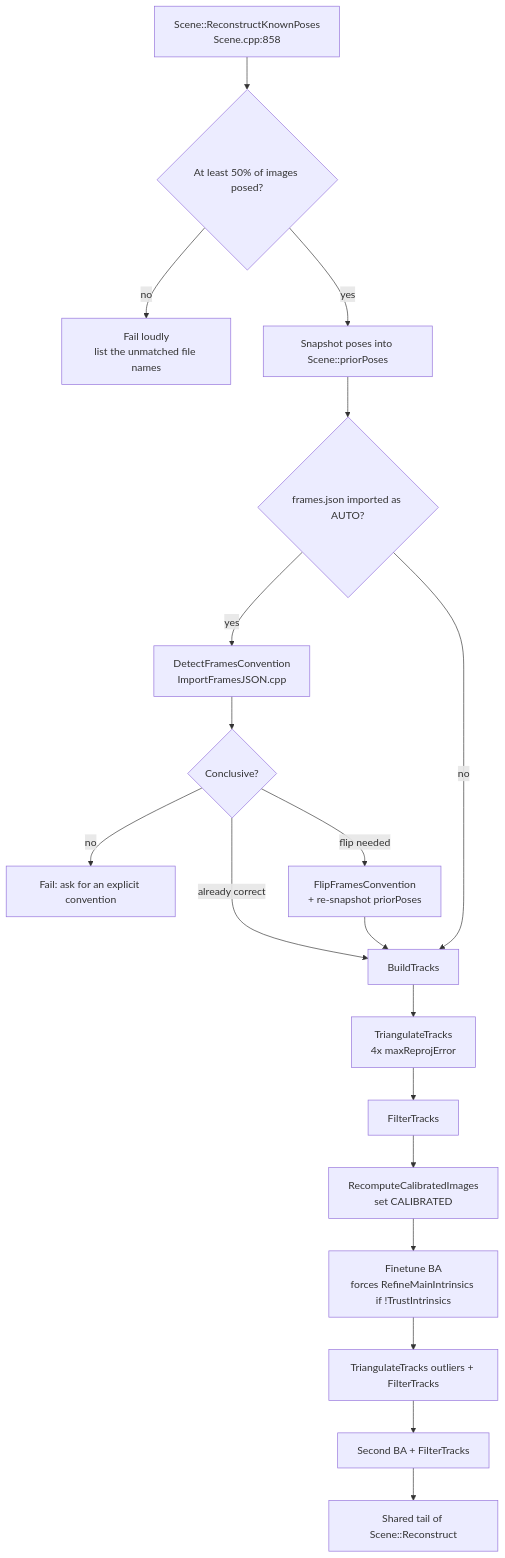
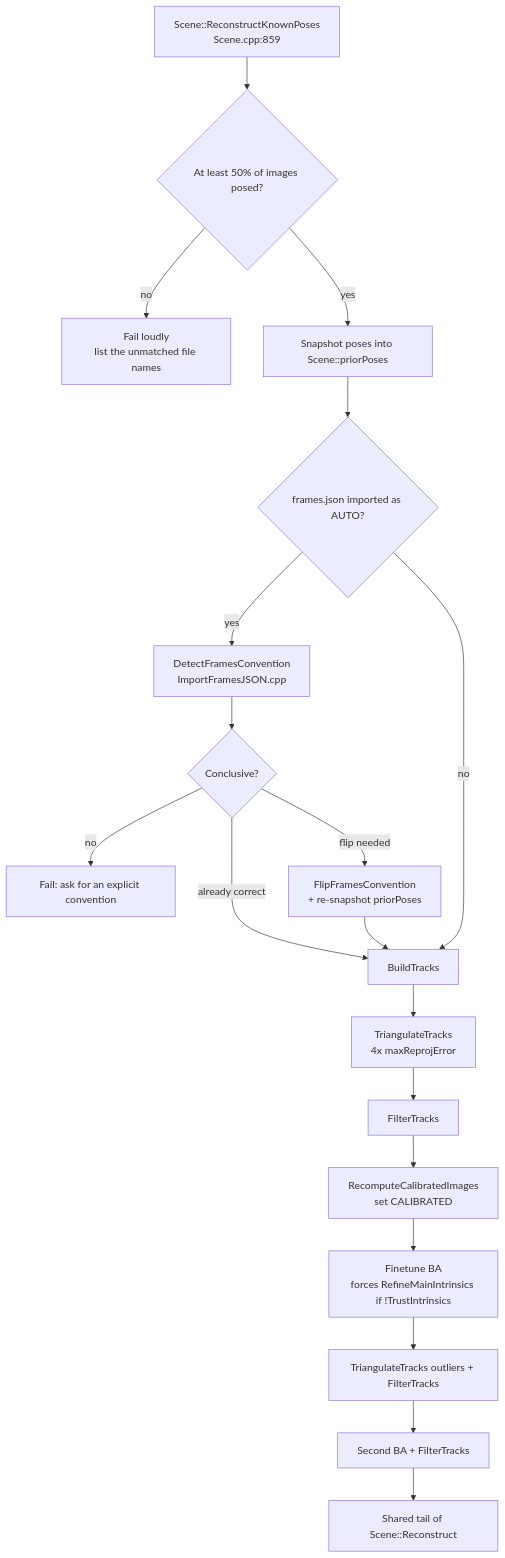
Before and after one commit to cdcseacave/openMVS: the second of 10 diagrams in docs/pipeline-traces.md, drawn with Mermaid. The commit also changed other lines of this file and 21 other files, not shown here.

````diff
--- a/docs/pipeline-traces.md
+++ b/docs/pipeline-traces.md
@@ -158,21 +158,21 @@
 ```mermaid
 graph TD
-    A[Scene::ReconstructKnownPoses<br/>Scene.cpp:858] --> B{At least 50% of images posed?}
+    A[Scene::ReconstructKnownPoses<br/>Scene.cpp:859] --> B{At least 50% of images posed?}
     B -->|no| B1[Fail loudly<br/>list the unmatched file names]
     B -->|yes| C[Snapshot poses into Scene::priorPoses]
     C --> D{frames.json imported as AUTO?}
     D -->|yes| E[DetectFramesConvention<br/>ImportFramesJSON.cpp]
     E --> E1{Conclusive?}
     E1 -->|no| E2[Fail: ask for an explicit convention]
     E1 -->|flip needed| E3[FlipFramesConvention<br/>+ re-snapshot priorPoses]
     E1 -->|already correct| F
     E3 --> F
     D -->|no| F
     F[BuildTracks] --> G[TriangulateTracks<br/>4x maxReprojError]
     G --> H[FilterTracks]
     H --> I[RecomputeCalibratedImages<br/>set CALIBRATED]
     I --> J[Finetune BA<br/>forces RefineMainIntrinsics if !TrustIntrinsics]
     J --> K[TriangulateTracks outliers + FilterTracks]
     K --> L[Second BA + FilterTracks]
     L --> M[Shared tail of Scene::Reconstruct]
 ```
````
